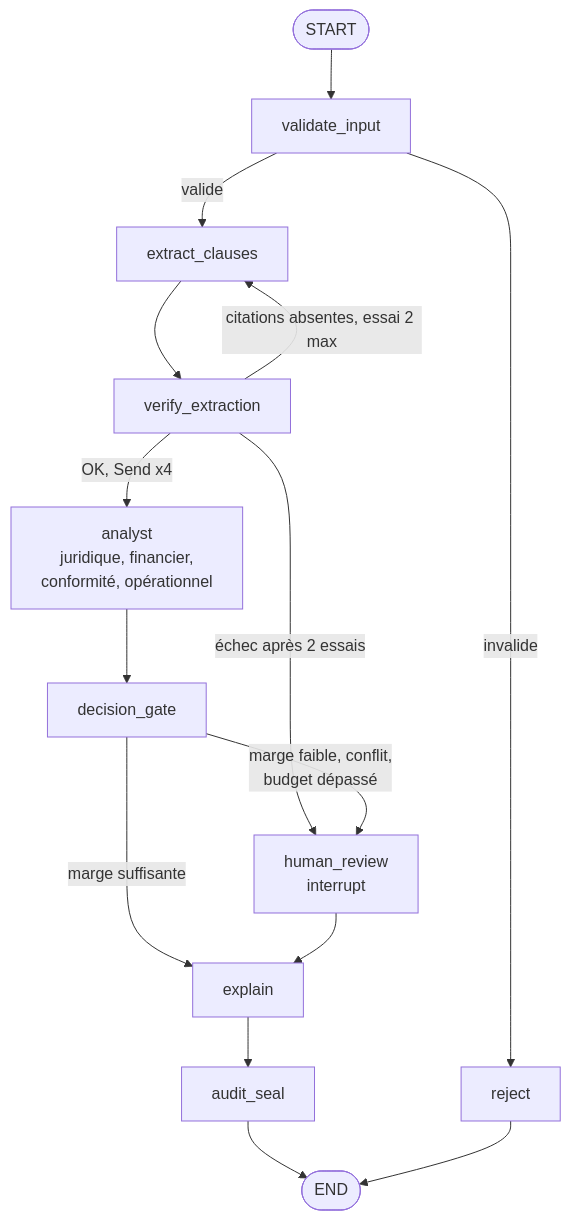
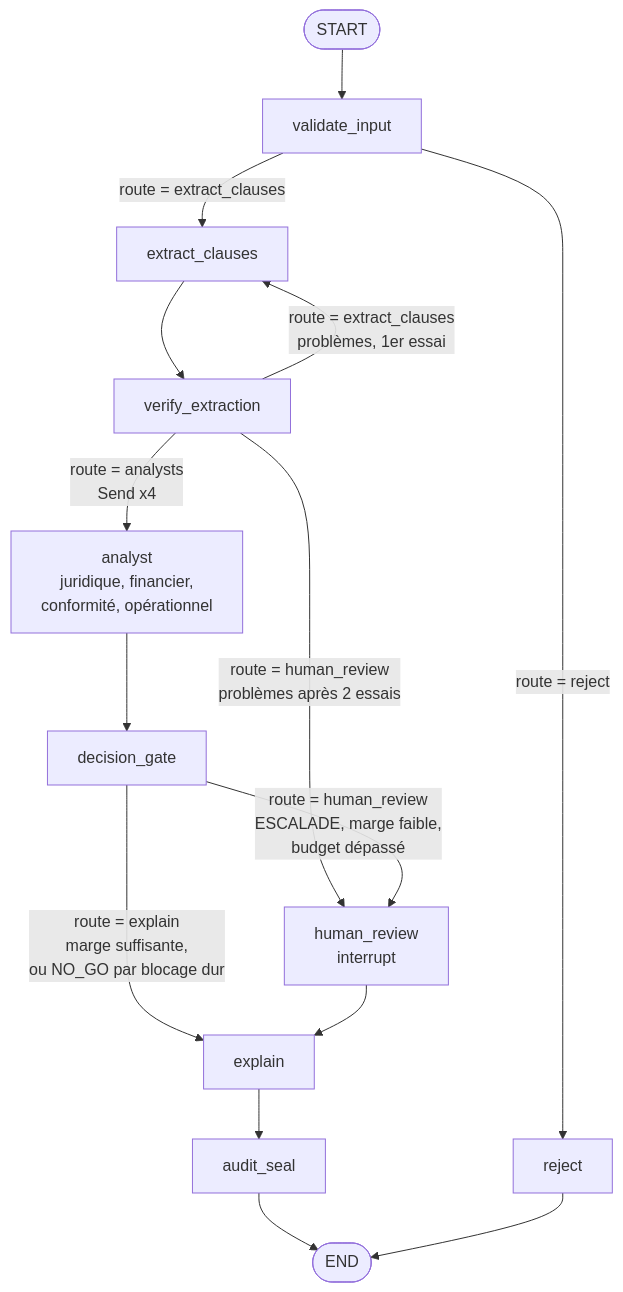
The diagram in docs/spec-phase1.md (sifir-gun/contract-decision-graph), drawn with Mermaid before and after one commit. The commit also changed other lines of this file and 1 other file, not shown here.

````diff
--- a/docs/spec-phase1.md
+++ b/docs/spec-phase1.md
@@ -38,17 +38,17 @@
 ```mermaid
 flowchart TD
     S([START]) --> V[validate_input]
-    V -->|invalide| R[reject]
-    V -->|valide| X[extract_clauses]
+    V -->|route = reject| R[reject]
+    V -->|route = extract_clauses| X[extract_clauses]
     X --> VX[verify_extraction]
-    VX -->|citations absentes, essai 2 max| X
-    VX -->|échec après 2 essais| H
-    VX -->|OK, Send x4| A[analyst<br/>juridique, financier,<br/>conformité, opérationnel]
+    VX -->|route = extract_clauses<br/>problèmes, 1er essai| X
+    VX -->|route = human_review<br/>problèmes après 2 essais| H
+    VX -->|route = analysts<br/>Send x4| A[analyst<br/>juridique, financier,<br/>conformité, opérationnel]
     A --> G[decision_gate]
-    G -->|marge suffisante| E[explain]
-    G -->|marge faible, conflit,<br/>budget dépassé| H[human_review<br/>interrupt]
+    G -->|route = explain<br/>marge suffisante,<br/>ou NO_GO par blocage dur| E[explain]
+    G -->|route = human_review<br/>ESCALADE, marge faible,<br/>budget dépassé| H[human_review<br/>interrupt]
     H --> E
     E --> AU[audit_seal]
     AU --> F([END])
     R --> F
 ```
````
